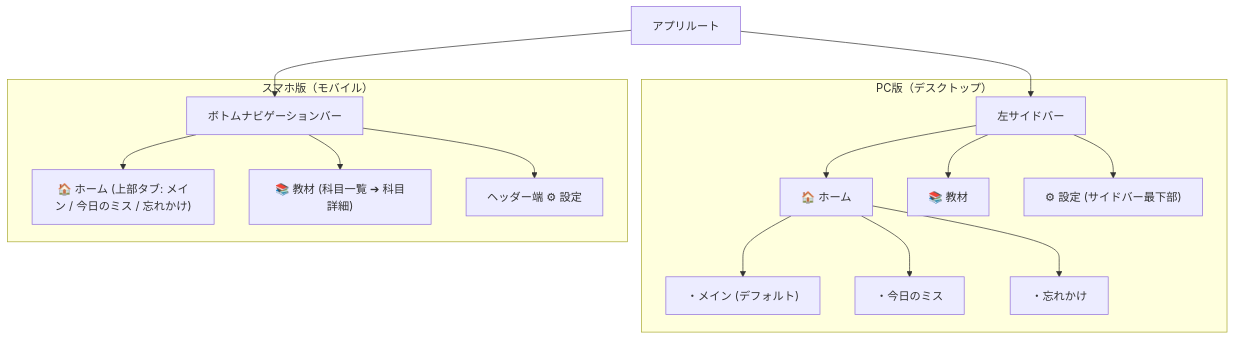
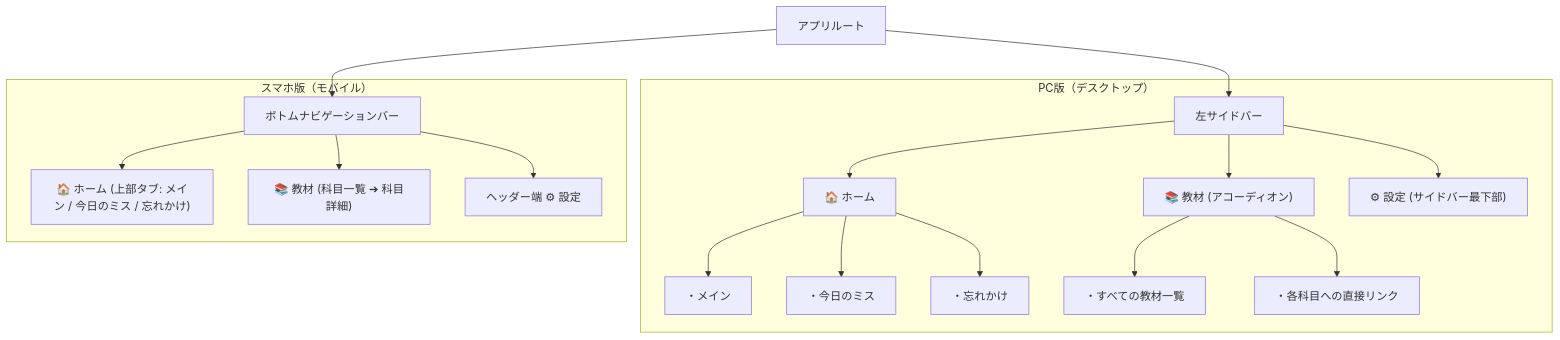
One commit to 01Taka/kioku changed the first of 3 diagrams in docs/UI.md. Above: the diagram before and after it, drawn with Mermaid. The commit also changed other lines of this file and 1 other file, not shown here.

````diff
--- a/docs/UI.md
+++ b/docs/UI.md
@@ -11,33 +11,37 @@
 ```mermaid
 flowchart TD
   Root["アプリルート"]
 
   subgraph PC版["PC版（デスクトップ）"]
     PC_Nav["左サイドバー"]
     PC_Home["🏠 ホーム"]
-    PC_Home_Main["・メイン (デフォルト)"]
+    PC_Home_Main["・メイン"]
     PC_Home_Mistakes["・今日のミス"]
     PC_Home_Forgotten["・忘れかけ"]
-    PC_Materials["📚 教材"]
+    PC_Materials["📚 教材 (アコーディオン)"]
+    PC_Materials_List["・すべての教材一覧"]
+    PC_Materials_Item["・各科目への直接リンク"]
     PC_Settings["⚙ 設定 (サイドバー最下部)"]
   end
 
   subgraph スマホ版["スマホ版（モバイル）"]
     SP_Nav["ボトムナビゲーションバー"]
     SP_Home["🏠 ホーム (上部タブ: メイン / 今日のミス / 忘れかけ)"]
     SP_Materials["📚 教材 (科目一覧 ➔ 科目詳細)"]
     SP_Header["ヘッダー端 ⚙ 設定"]
   end
 
   Root --> PC_Nav
   Root --> SP_Nav
   PC_Nav --> PC_Home
   PC_Home --> PC_Home_Main
   PC_Home --> PC_Home_Mistakes
   PC_Home --> PC_Home_Forgotten
   PC_Nav --> PC_Materials
+  PC_Materials --> PC_Materials_List
+  PC_Materials --> PC_Materials_Item
   PC_Nav --> PC_Settings
   SP_Nav --> SP_Home
   SP_Nav --> SP_Materials
   SP_Nav --> SP_Header
 ```
````
